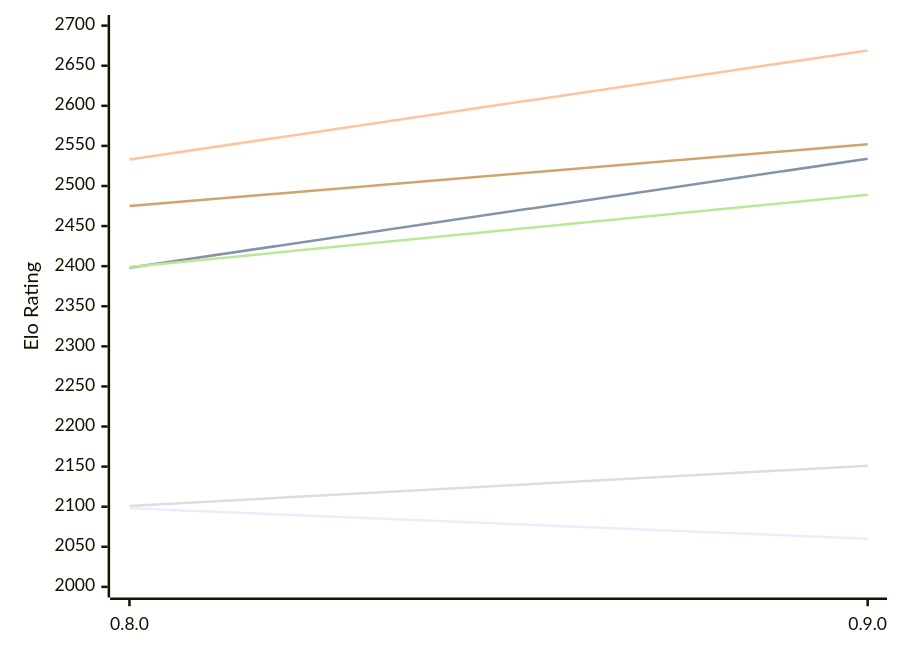
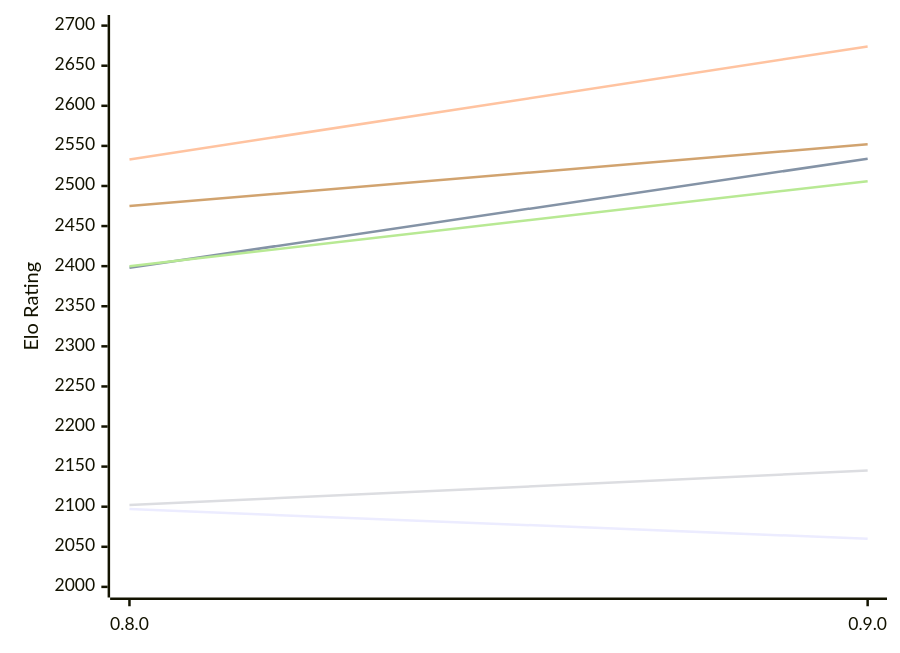
One commit to computer-chess-index/cci changed the diagram in engines/Barbarossa.md. Above: the diagram before and after it, drawn with Mermaid. The commit also changed other lines of this file, not shown here.

Commit message:
Update CCI Ratings (ELO VLTC) - 2026-11-28

````diff
--- a/engines/Barbarossa.md
+++ b/engines/Barbarossa.md
@@ -49,12 +49,12 @@
 ```mermaid
 %%{init: {"theme":"base","themeVariables":{"seriesColors:['#a3a3a3','#222221','#faa371']}}}%%
 xychart-beta
   x-axis ["0.8.0", "0.9.0"]
   y-axis "Elo Rating" 2000 --> 2700
-  line "E1: STC (8.0+0.08s)" [2098, 2060]
+  line "E1: STC (8.0+0.08s)" [2097, 2060]
   line "E1: LTC (60.0+0.60s)" [2398, 2534]
-  line "E1: VLTC (2m24s+1.12s)" [2533, 2669]
-  line "P1: STC (8.0+0.08s)" [2101, 2151]
-  line "P1: LTC (60.0+0.60s)" [2399, 2489]
+  line "E1: VLTC (2m24s+1.12s)" [2533, 2674]
+  line "P1: STC (8.0+0.08s)" [2102, 2145]
+  line "P1: LTC (60.0+0.60s)" [2400, 2506]
   line "P1: VLTC (2m24s+1.12s)" [2475, 2552]
 ```
````
